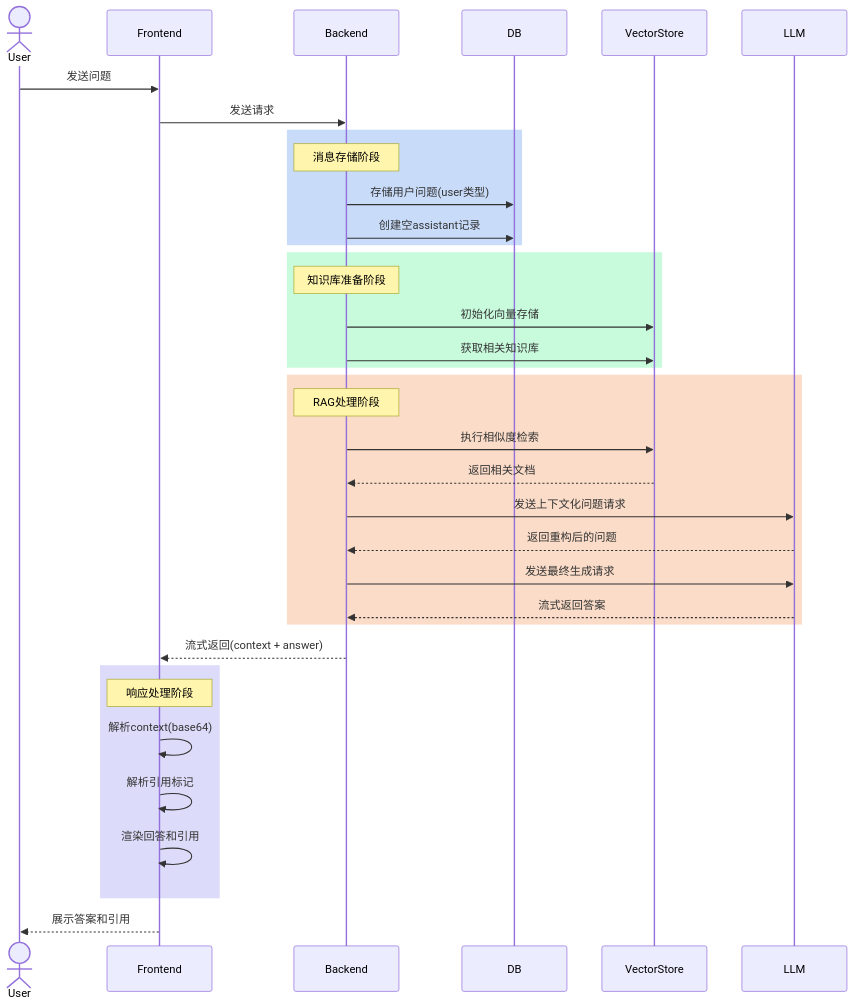
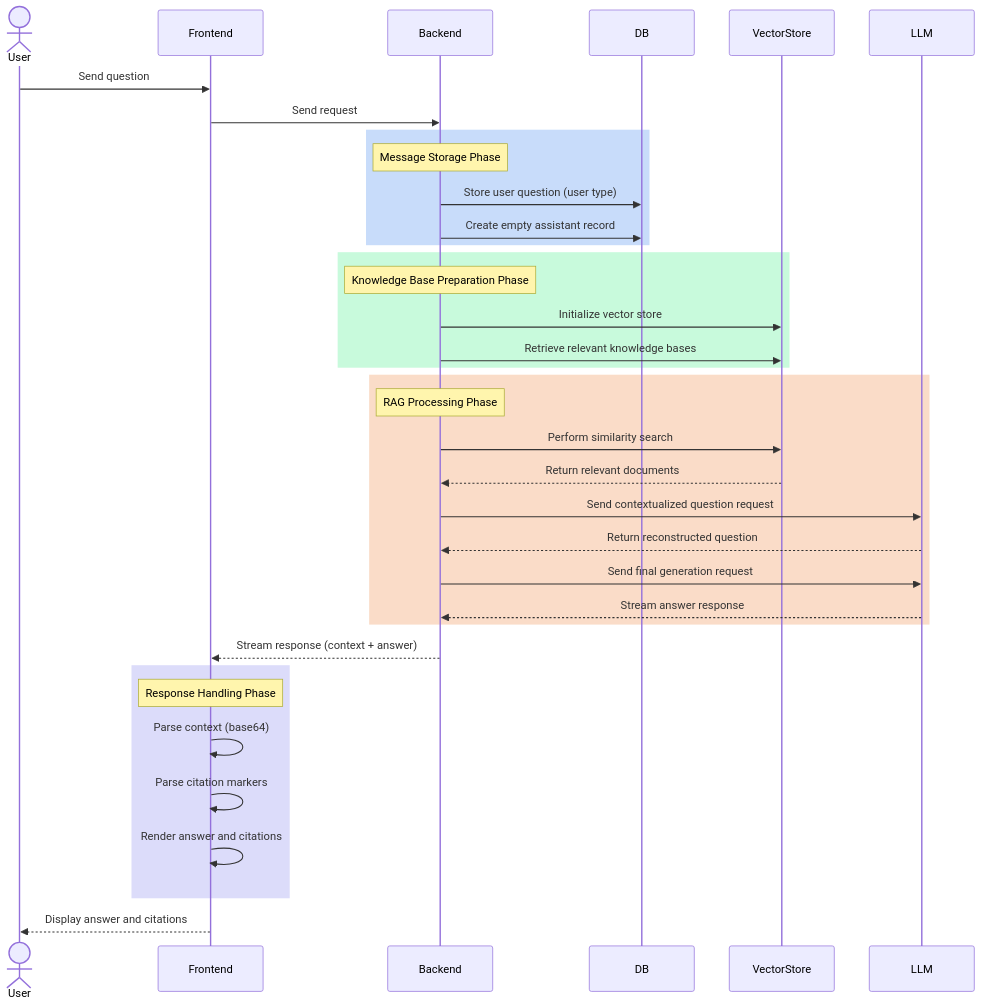
Before and after one commit to rag-web-ui/rag-web-ui: the fifth of 6 diagrams in docs/tutorial/README.md, drawn with Mermaid. The commit also changed other lines of this file and 1 other file, not shown here.

````diff
--- a/docs/tutorial/README.md
+++ b/docs/tutorial/README.md
@@ -584,45 +582,45 @@
 ```mermaid
 sequenceDiagram
-    actor User
-    participant Frontend
-    participant Backend
-    participant DB
-    participant VectorStore
-    participant LLM
+  actor User
+  participant Frontend
+  participant Backend
+  participant DB
+  participant VectorStore
+  participant LLM
 
-    User->>Frontend: 发送问题
-    Frontend->>Backend: 发送请求
-    
-    rect rgb(200, 220, 250)
-        Note over Backend: 消息存储阶段
-        Backend->>DB: 存储用户问题(user类型)
-        Backend->>DB: 创建空assistant记录
-    end
-    
-    rect rgb(200, 250, 220)
-        Note over Backend: 知识库准备阶段
-        Backend->>VectorStore: 初始化向量存储
-        Backend->>VectorStore: 获取相关知识库
-    end
-    
-    rect rgb(250, 220, 200)
-        Note over Backend: RAG处理阶段
-        Backend->>VectorStore: 执行相似度检索
-        VectorStore-->>Backend: 返回相关文档
-        Backend->>LLM: 发送上下文化问题请求
-        LLM-->>Backend: 返回重构后的问题
-        Backend->>LLM: 发送最终生成请求
-        LLM-->>Backend: 流式返回答案
-    end
-    
-    Backend-->>Frontend: 流式返回(context + answer)
-    
-    rect rgb(220, 220, 250)
-        Note over Frontend: 响应处理阶段
-        Frontend->>Frontend: 解析context(base64)
-        Frontend->>Frontend: 解析引用标记
-        Frontend->>Frontend: 渲染回答和引用
-    end
-    
-    Frontend-->>User: 展示答案和引用
+  User->>Frontend: Send question
+  Frontend->>Backend: Send request
+  
+  rect rgb(200, 220, 250)
+    Note over Backend: Message Storage Phase
+    Backend->>DB: Store user question (user type)
+    Backend->>DB: Create empty assistant record
+  end
+  
+  rect rgb(200, 250, 220)
+    Note over Backend: Knowledge Base Preparation Phase
+    Backend->>VectorStore: Initialize vector store
+    Backend->>VectorStore: Retrieve relevant knowledge bases
+  end
+  
+  rect rgb(250, 220, 200)
+    Note over Backend: RAG Processing Phase
+    Backend->>VectorStore: Perform similarity search
+    VectorStore-->>Backend: Return relevant documents
+    Backend->>LLM: Send contextualized question request
+    LLM-->>Backend: Return reconstructed question
+    Backend->>LLM: Send final generation request
+    LLM-->>Backend: Stream answer response
+  end
+  
+  Backend-->>Frontend: Stream response (context + answer)
+  
+  rect rgb(220, 220, 250)
+    Note over Frontend: Response Handling Phase
+    Frontend->>Frontend: Parse context (base64)
+    Frontend->>Frontend: Parse citation markers
+    Frontend->>Frontend: Render answer and citations
+  end
+  
+  Frontend-->>User: Display answer and citations
 ```
````
